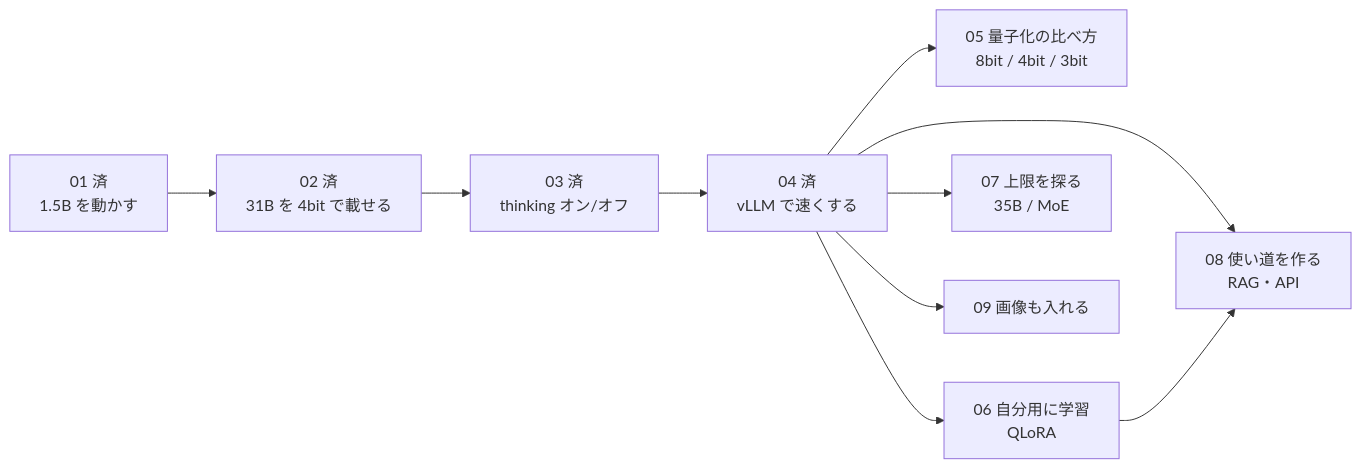
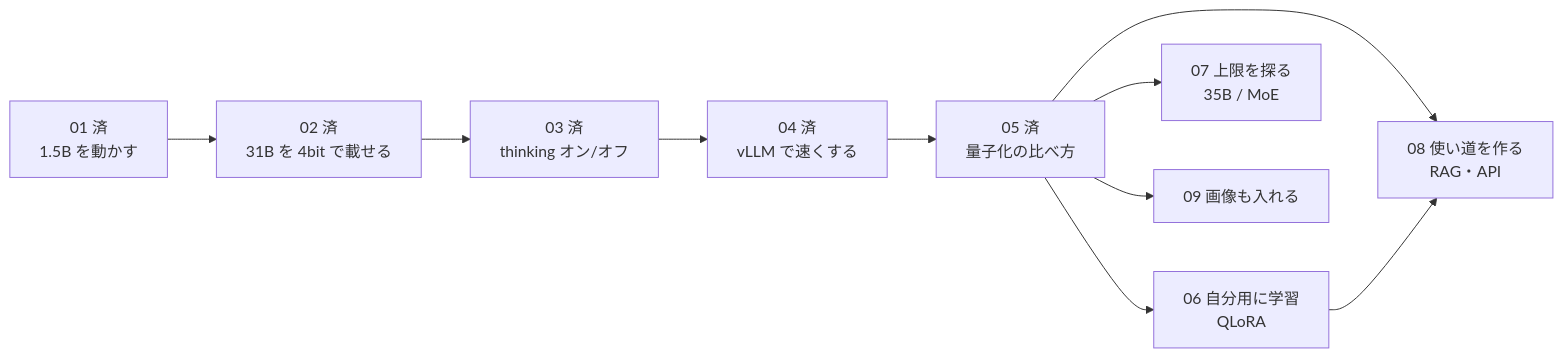
One commit to moruku36/colab-oss-lab changed the diagram in docs/next-experiments.md. Above: the diagram before and after it, drawn with Mermaid. The commit also changed other lines of this file and 8 other files, not shown here.

````diff
--- a/docs/next-experiments.md
+++ b/docs/next-experiments.md
@@ -6,12 +6,12 @@
 ```mermaid
 flowchart LR
     E01["01 済<br/>1.5B を動かす"] --> E02["02 済<br/>31B を 4bit で載せる"]
     E02 --> E03["03 済<br/>thinking オン/オフ"]
     E03 --> E04["04 済<br/>vLLM で速くする"]
-    E04 --> C05["05 量子化の比べ方<br/>8bit / 4bit / 3bit"]
-    E04 --> C06["06 自分用に学習<br/>QLoRA"]
-    E04 --> C07["07 上限を探る<br/>35B / MoE"]
-    E04 --> C08["08 使い道を作る<br/>RAG・API"]
-    E04 --> C09["09 画像も入れる"]
+    E04 --> E05["05 済<br/>量子化の比べ方"]
+    E05 --> C06["06 自分用に学習<br/>QLoRA"]
+    E05 --> C07["07 上限を探る<br/>35B / MoE"]
+    E05 --> C08["08 使い道を作る<br/>RAG・API"]
+    E05 --> C09["09 画像も入れる"]
     C06 --> C08
 ```
````
